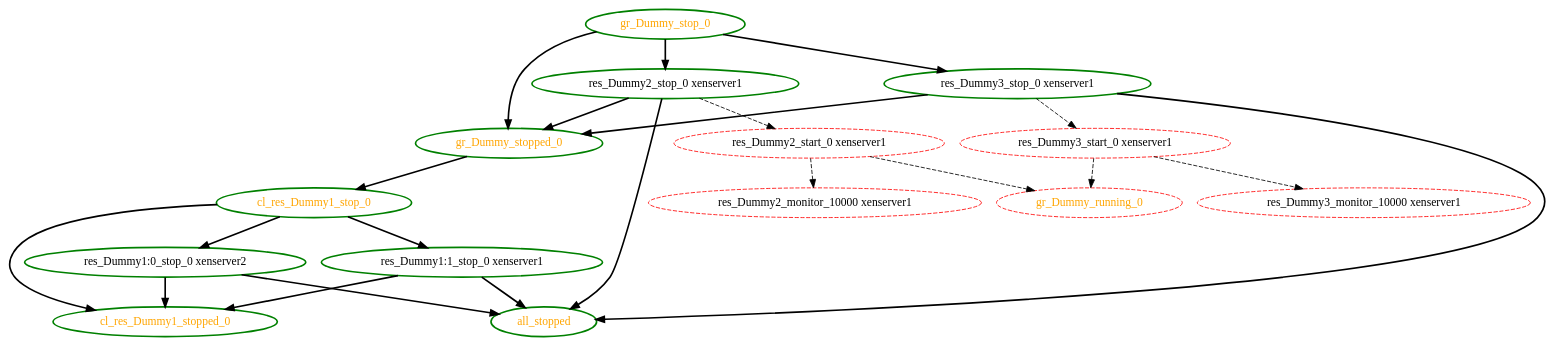
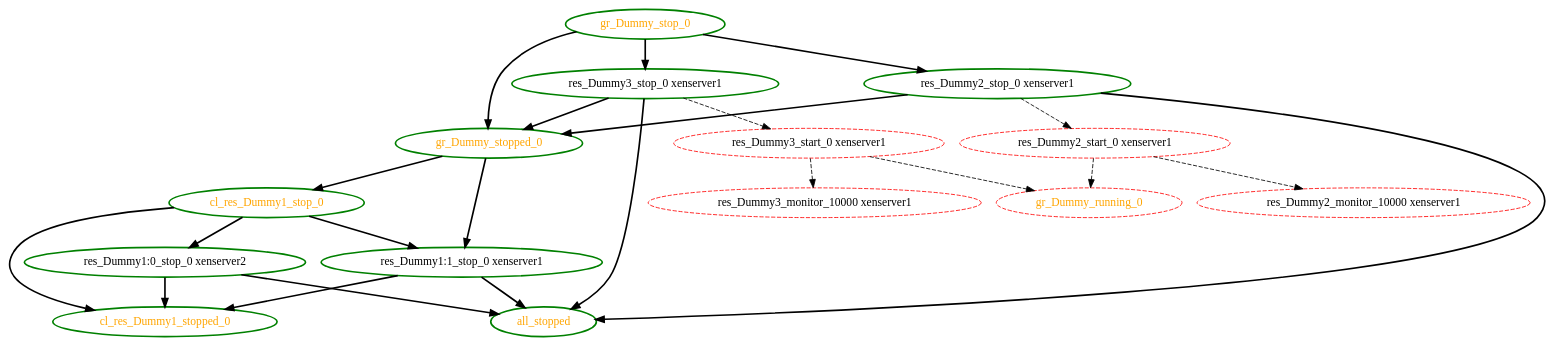
Before and after one commit to linux-ha-japan/pm_diskd: the diagram in pengine/test10/bug-lf-2171.dot, drawn with Graphviz. The commit also changed 38 other files, not shown here.

```diff
--- a/pengine/test10/bug-lf-2171.dot
+++ b/pengine/test10/bug-lf-2171.dot
@@ -1,37 +1,38 @@
 digraph "g" {
 "all_stopped" [ style=bold color="green" fontcolor="orange"  ]
 "cl_res_Dummy1_stop_0" -> "cl_res_Dummy1_stopped_0" [ style = bold]
 "cl_res_Dummy1_stop_0" -> "res_Dummy1:0_stop_0 xenserver2" [ style = bold]
 "cl_res_Dummy1_stop_0" -> "res_Dummy1:1_stop_0 xenserver1" [ style = bold]
 "cl_res_Dummy1_stop_0" [ style=bold color="green" fontcolor="orange"  ]
 "cl_res_Dummy1_stopped_0" [ style=bold color="green" fontcolor="orange"  ]
 "gr_Dummy_running_0" [ style=dashed color="red" fontcolor="orange"  ]
 "gr_Dummy_stop_0" -> "gr_Dummy_stopped_0" [ style = bold]
 "gr_Dummy_stop_0" -> "res_Dummy2_stop_0 xenserver1" [ style = bold]
 "gr_Dummy_stop_0" -> "res_Dummy3_stop_0 xenserver1" [ style = bold]
 "gr_Dummy_stop_0" [ style=bold color="green" fontcolor="orange"  ]
 "gr_Dummy_stopped_0" -> "cl_res_Dummy1_stop_0" [ style = bold]
+"gr_Dummy_stopped_0" -> "res_Dummy1:1_stop_0 xenserver1" [ style = bold]
 "gr_Dummy_stopped_0" [ style=bold color="green" fontcolor="orange"  ]
 "res_Dummy1:0_stop_0 xenserver2" -> "all_stopped" [ style = bold]
 "res_Dummy1:0_stop_0 xenserver2" -> "cl_res_Dummy1_stopped_0" [ style = bold]
 "res_Dummy1:0_stop_0 xenserver2" [ style=bold color="green" fontcolor="black"  ]
 "res_Dummy1:1_stop_0 xenserver1" -> "all_stopped" [ style = bold]
 "res_Dummy1:1_stop_0 xenserver1" -> "cl_res_Dummy1_stopped_0" [ style = bold]
 "res_Dummy1:1_stop_0 xenserver1" [ style=bold color="green" fontcolor="black"  ]
 "res_Dummy2_monitor_10000 xenserver1" [ style=dashed color="red" fontcolor="black"  ]
 "res_Dummy2_start_0 xenserver1" -> "gr_Dummy_running_0" [ style = dashed]
 "res_Dummy2_start_0 xenserver1" -> "res_Dummy2_monitor_10000 xenserver1" [ style = dashed]
 "res_Dummy2_start_0 xenserver1" [ style=dashed color="red" fontcolor="black"  ]
 "res_Dummy2_stop_0 xenserver1" -> "all_stopped" [ style = bold]
 "res_Dummy2_stop_0 xenserver1" -> "gr_Dummy_stopped_0" [ style = bold]
 "res_Dummy2_stop_0 xenserver1" -> "res_Dummy2_start_0 xenserver1" [ style = dashed]
 "res_Dummy2_stop_0 xenserver1" [ style=bold color="green" fontcolor="black"  ]
 "res_Dummy3_monitor_10000 xenserver1" [ style=dashed color="red" fontcolor="black"  ]
 "res_Dummy3_start_0 xenserver1" -> "gr_Dummy_running_0" [ style = dashed]
 "res_Dummy3_start_0 xenserver1" -> "res_Dummy3_monitor_10000 xenserver1" [ style = dashed]
 "res_Dummy3_start_0 xenserver1" [ style=dashed color="red" fontcolor="black"  ]
 "res_Dummy3_stop_0 xenserver1" -> "all_stopped" [ style = bold]
 "res_Dummy3_stop_0 xenserver1" -> "gr_Dummy_stopped_0" [ style = bold]
 "res_Dummy3_stop_0 xenserver1" -> "res_Dummy3_start_0 xenserver1" [ style = dashed]
 "res_Dummy3_stop_0 xenserver1" [ style=bold color="green" fontcolor="black"  ]
 }
```
